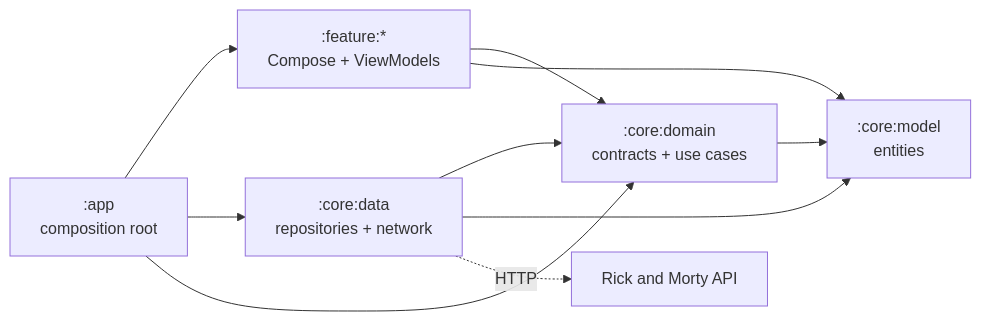
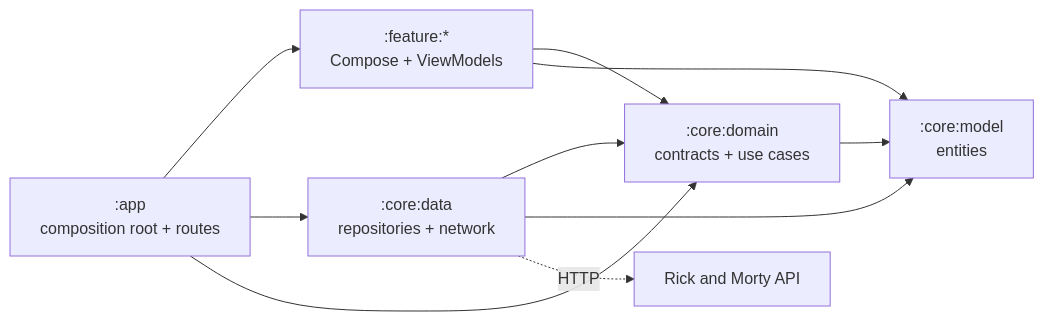
Before and after one commit to Deiivid/Android-Clean-Architecture-Sample: the diagram in README.md, drawn with Mermaid. The commit also changed other lines of this file and 9 other files, not shown here.

Commit message:
docs: align architecture testing and visual evidence

````diff
--- a/README.md
+++ b/README.md
@@ -52,12 +65,12 @@
 ```mermaid
 flowchart LR
-    APP[":app<br/>composition root"] --> FEATURES[":feature:*<br/>Compose + ViewModels"]
+    APP[":app<br/>composition root + routes"] --> FEATURES[":feature:*<br/>Compose + ViewModels"]
     APP --> DATA[":core:data<br/>repositories + network"]
     APP --> DOMAIN[":core:domain<br/>contracts + use cases"]
     FEATURES --> DOMAIN
     FEATURES --> MODEL[":core:model<br/>entities"]
     DATA --> DOMAIN
     DATA --> MODEL
     DOMAIN --> MODEL
     DATA -. "HTTP" .-> API["Rick and Morty API"]
 ```
````
